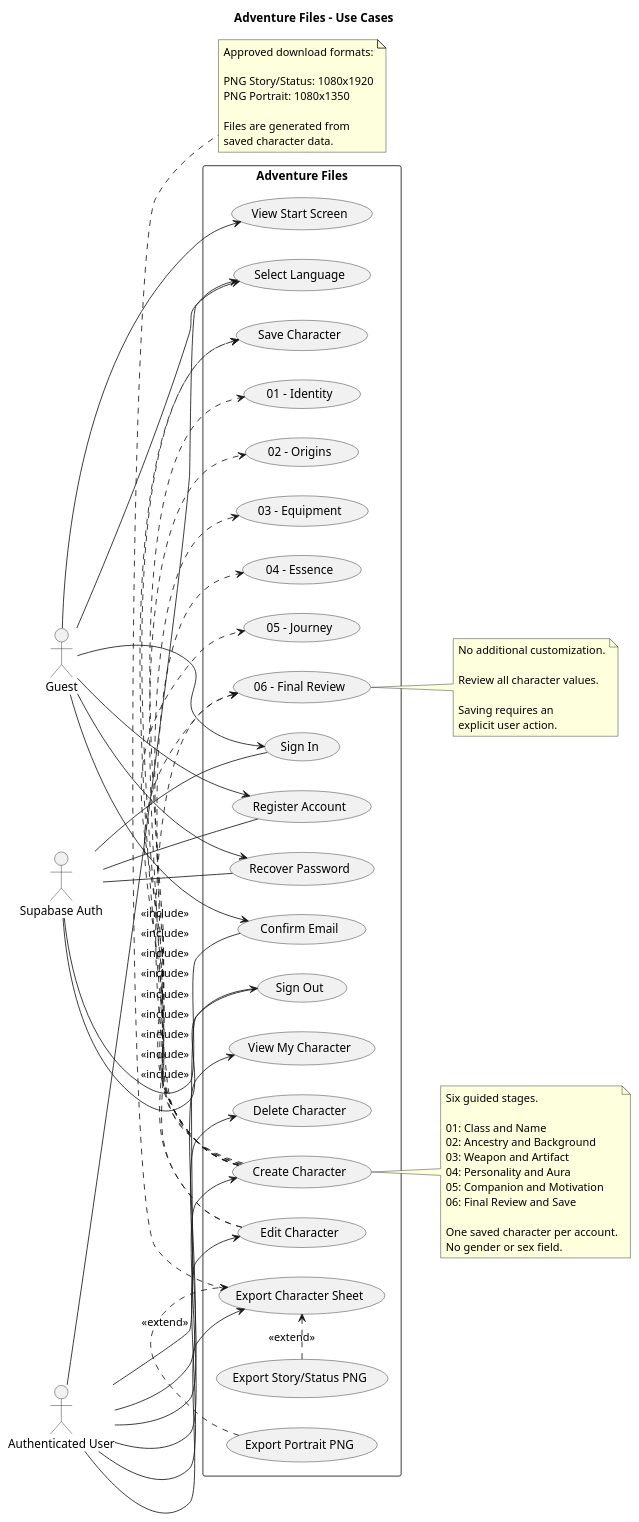
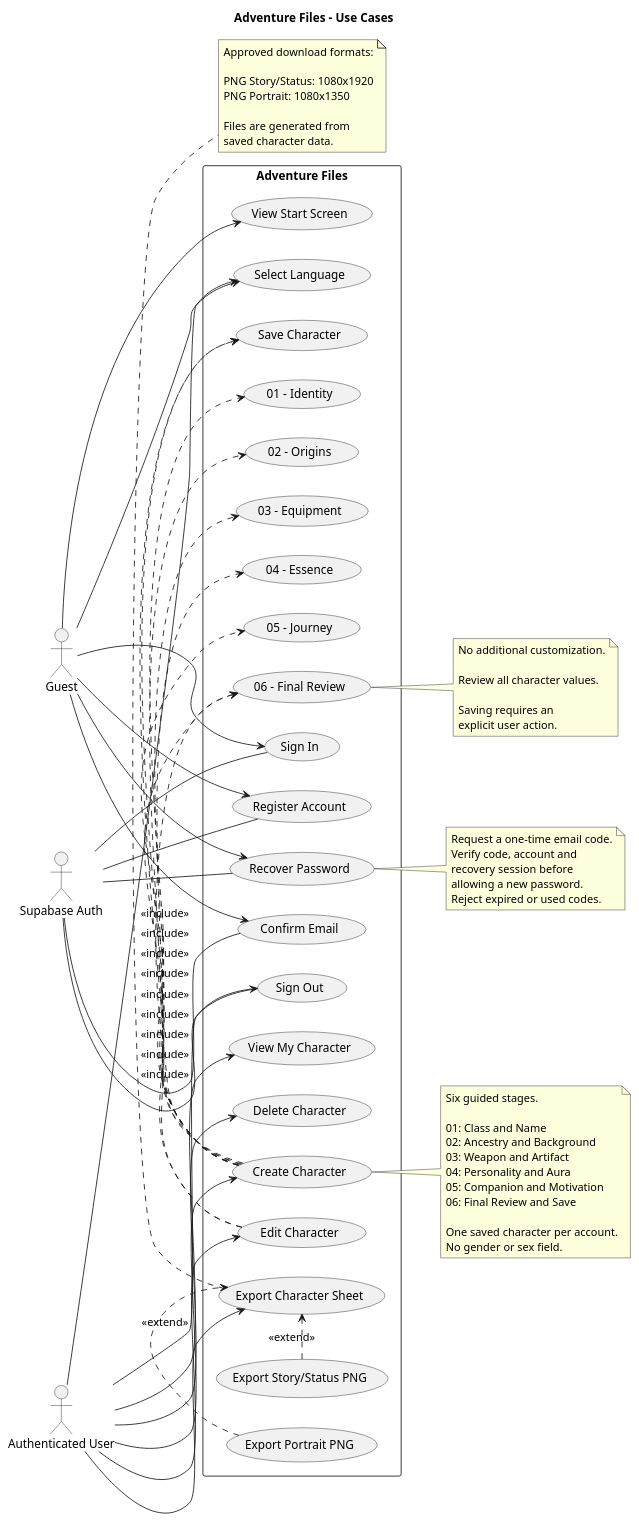
One commit to AlexandroLeao/rpg-character-creator changed the diagram in docs/uml/use-cases.puml. Above: the diagram before and after it, drawn with PlantUML. The commit also changed 12 other files, not shown here.

```diff
--- a/docs/uml/use-cases.puml
+++ b/docs/uml/use-cases.puml
@@ -1,112 +1,120 @@
 @startuml
 title Adventure Files - Use Cases
 
 left to right direction
 
 skinparam shadowing false
 skinparam packageStyle rectangle
 
 actor "Guest" as Guest
 actor "Authenticated User" as User
 actor "Supabase Auth" as Auth
 
 rectangle "Adventure Files" {
 
     usecase "View Start Screen" as Welcome
     usecase "Select Language" as Language
 
     usecase "Register Account" as Register
     usecase "Confirm Email" as Confirm
     usecase "Sign In" as Login
     usecase "Recover Password" as Recover
     usecase "Sign Out" as Logout
 
     usecase "Create Character" as Create
 
     usecase "01 - Identity" as Identity
     usecase "02 - Origins" as Origins
     usecase "03 - Equipment" as Equipment
     usecase "04 - Essence" as Essence
     usecase "05 - Journey" as Journey
     usecase "06 - Final Review" as Review
 
     usecase "Save Character" as Save
 
     usecase "View My Character" as View
     usecase "Edit Character" as Edit
     usecase "Delete Character" as Delete
 
     usecase "Export Character Sheet" as Export
     usecase "Export Story/Status PNG" as ExportStory
     usecase "Export Portrait PNG" as ExportPortrait
 }
 
 Guest --> Welcome
 Guest --> Language
 Guest --> Register
 Guest --> Confirm
 Guest --> Login
 Guest --> Recover
 
 User --> Language
 User --> Logout
 User --> Create
 User --> View
 User --> Edit
 User --> Delete
 User --> Export
 
 Create .> Identity : <<include>>
 Create .> Origins : <<include>>
 Create .> Equipment : <<include>>
 Create .> Essence : <<include>>
 Create .> Journey : <<include>>
 Create .> Review : <<include>>
 Create .> Save : <<include>>
 
 Edit .> Review : <<include>>
 Edit .> Save : <<include>>
 
 ExportStory .> Export : <<extend>>
 ExportPortrait .> Export : <<extend>>
 
 Auth -- Register
 Auth -- Confirm
 Auth -- Login
 Auth -- Recover
 Auth -- Logout
 
+note right of Recover
+  Request a one-time email code.
+  Verify code, account and
+  recovery session before
+  allowing a new password.
+  Reject expired or used codes.
+end note
+
 note right of Create
   Six guided stages.
 
   01: Class and Name
   02: Ancestry and Background
   03: Weapon and Artifact
   04: Personality and Aura
   05: Companion and Motivation
   06: Final Review and Save
 
   One saved character per account.
   No gender or sex field.
 end note
 
 note right of Review
   No additional customization.
 
   Review all character values.
 
   Saving requires an
   explicit user action.
 end note
 
 note bottom of Export
   Approved download formats:
 
   PNG Story/Status: 1080x1920
   PNG Portrait: 1080x1350
 
   Files are generated from
   saved character data.
 end note
 
 @enduml
```
